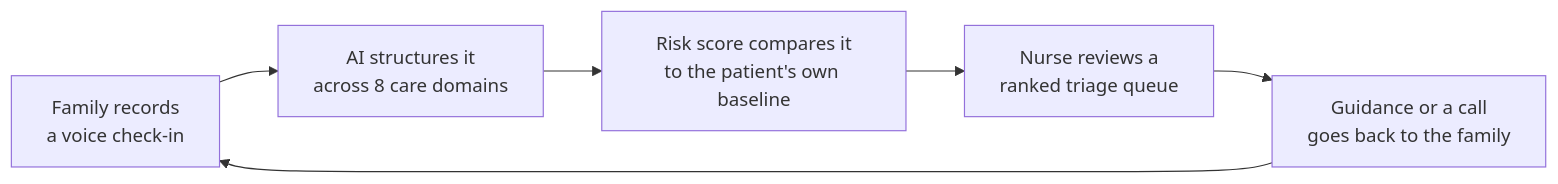
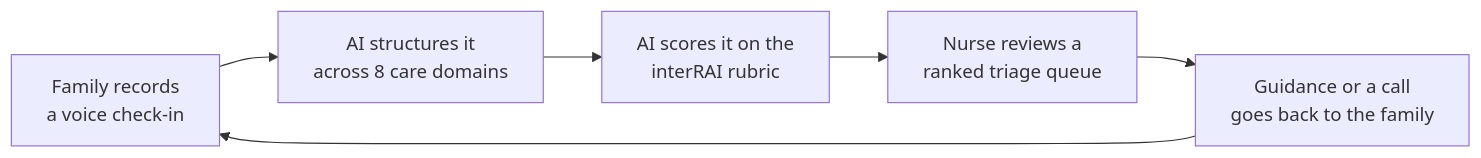
One commit to elizabeth-ling/careOS changed the diagram in README.md. Above: the diagram before and after it, drawn with Mermaid. The commit also changed other lines of this file, not shown here.

Commit message:
docs: update readme with scoring rubric

````diff
--- a/README.md
+++ b/README.md
@@ -23,8 +23,8 @@
 ```mermaid
 flowchart LR
     A[Family records<br/>a voice check-in] --> B[AI structures it<br/>across 8 care domains]
-    B --> C[Risk score compares it<br/>to the patient's own baseline]
+    B --> C[AI scores it on the<br/>interRAI rubric]
     C --> D[Nurse reviews a<br/>ranked triage queue]
     D --> E[Guidance or a call<br/>goes back to the family]
     E --> A
 ```
````
